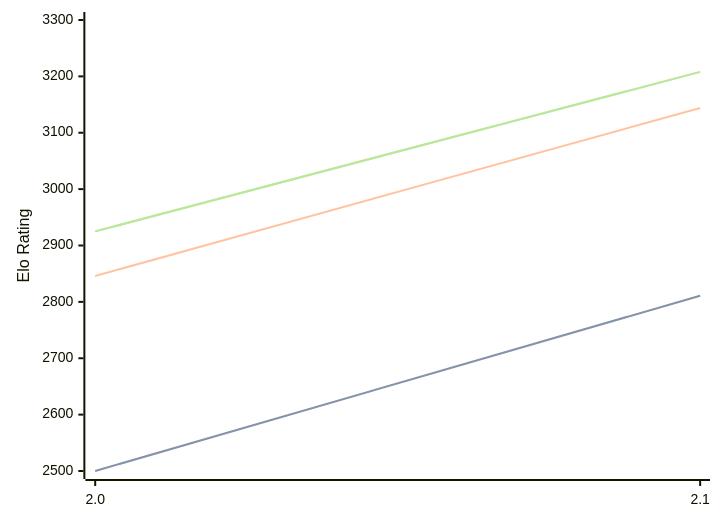
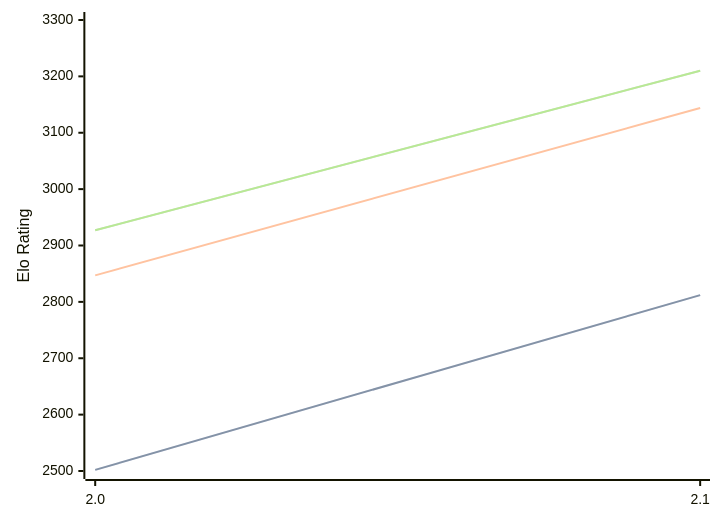
Before and after one commit to computer-chess-index/cci: the diagram in engines/Tunguska.md, drawn with Mermaid. The commit also changed other lines of this file, not shown here.

Commit message:
Update CCI Ratings (ELO VLTC) - 2026-08-26

````diff
--- a/engines/Tunguska.md
+++ b/engines/Tunguska.md
@@ -32,11 +32,11 @@
 ```mermaid
 %%{init: {"theme":"base","themeVariables":{"seriesColors:['#a3a3a3','#222221','#faa371']}}}%%
 xychart-beta
   x-axis ["2.0", "2.1"]
   y-axis "Elo Rating" 2500 --> 3300
-  line "STC (8.0+0.08s)" [2500, 2811]
-  line "STC (8.0+0.08s)" [2500, 2811]
-  line "LTC (60.0+0.60s)" [2846, 3144]
-  line "VLTC (2m24s+1.12s)" [2925, 3208]
-  line "VLTC (2m24s+1.12s)" [2925, 3208]
+  line "STC (8.0+0.08s)" [2502, 2812]
+  line "STC (8.0+0.08s)" [2502, 2812]
+  line "LTC (60.0+0.60s)" [2847, 3144]
+  line "VLTC (2m24s+1.12s)" [2927, 3210]
+  line "VLTC (2m24s+1.12s)" [2927, 3210]
 ```
````
